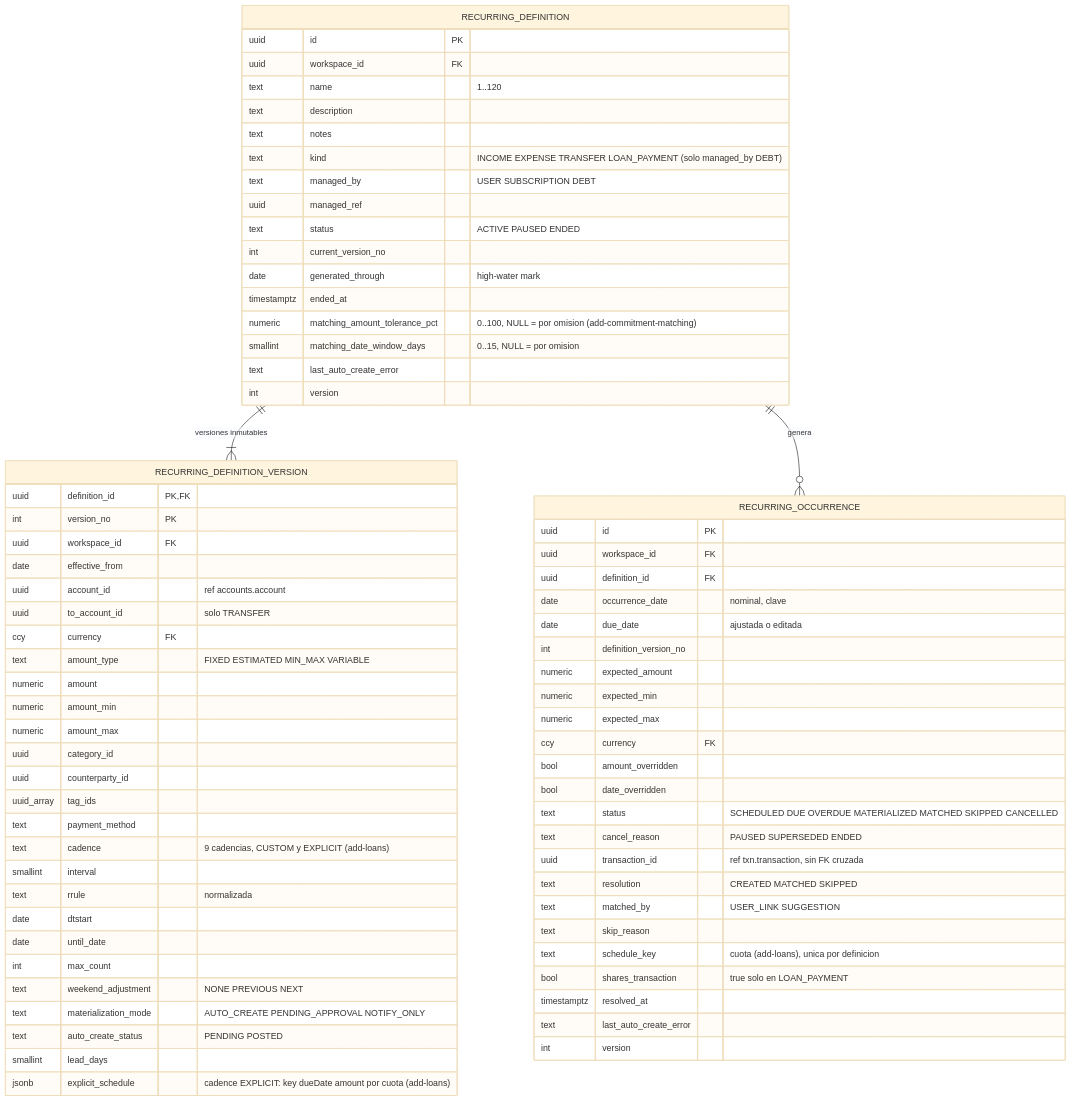
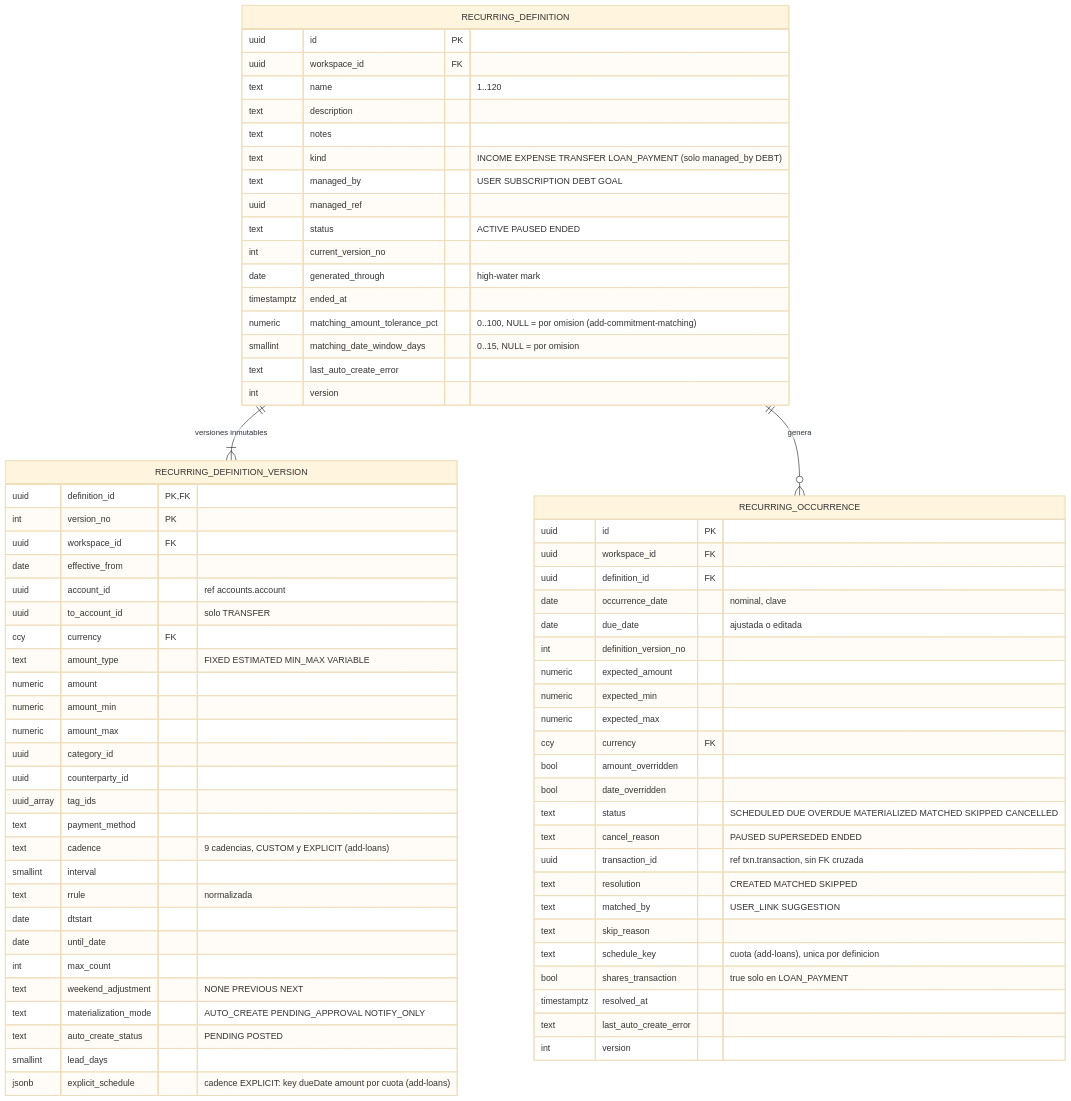
Before and after one commit to manuXD270516/personal-finances: the ninth of 22 diagrams in docs/08-data-model.md, drawn with Mermaid (base theme). The commit also changed other lines of this file and 254 other files, not shown here.

````diff
--- a/docs/08-data-model.md
+++ b/docs/08-data-model.md
@@ -873,76 +873,76 @@
 ```mermaid
 erDiagram
   RECURRING_DEFINITION ||--|{ RECURRING_DEFINITION_VERSION : "versiones inmutables"
   RECURRING_DEFINITION ||--o{ RECURRING_OCCURRENCE : "genera"
   RECURRING_DEFINITION {
     uuid id PK
     uuid workspace_id FK
     text name "1..120"
     text description
     text notes
     text kind "INCOME EXPENSE TRANSFER LOAN_PAYMENT (solo managed_by DEBT)"
-    text managed_by "USER SUBSCRIPTION DEBT"
+    text managed_by "USER SUBSCRIPTION DEBT GOAL"
     uuid managed_ref
     text status "ACTIVE PAUSED ENDED"
     int current_version_no
     date generated_through "high-water mark"
     timestamptz ended_at
     numeric matching_amount_tolerance_pct "0..100, NULL = por omision (add-commitment-matching)"
     smallint matching_date_window_days "0..15, NULL = por omision"
     text last_auto_create_error
     int version
   }
   RECURRING_DEFINITION_VERSION {
     uuid definition_id PK, FK
     int version_no PK
     uuid workspace_id FK
     date effective_from
     uuid account_id "ref accounts.account"
     uuid to_account_id "solo TRANSFER"
     ccy currency FK
     text amount_type "FIXED ESTIMATED MIN_MAX VARIABLE"
     numeric amount
     numeric amount_min
     numeric amount_max
     uuid category_id
     uuid counterparty_id
     uuid_array tag_ids
     text payment_method
     text cadence "9 cadencias, CUSTOM y EXPLICIT (add-loans)"
     smallint interval
     text rrule "normalizada"
     date dtstart
     date until_date
     int max_count
     text weekend_adjustment "NONE PREVIOUS NEXT"
     text materialization_mode "AUTO_CREATE PENDING_APPROVAL NOTIFY_ONLY"
     text auto_create_status "PENDING POSTED"
     smallint lead_days
     jsonb explicit_schedule "cadence EXPLICIT: key dueDate amount por cuota (add-loans)"
   }
   RECURRING_OCCURRENCE {
     uuid id PK
     uuid workspace_id FK
     uuid definition_id FK
     date occurrence_date "nominal, clave"
     date due_date "ajustada o editada"
     int definition_version_no
     numeric expected_amount
     numeric expected_min
     numeric expected_max
     ccy currency FK
     bool amount_overridden
     bool date_overridden
     text status "SCHEDULED DUE OVERDUE MATERIALIZED MATCHED SKIPPED CANCELLED"
     text cancel_reason "PAUSED SUPERSEDED ENDED"
     uuid transaction_id "ref txn.transaction, sin FK cruzada"
     text resolution "CREATED MATCHED SKIPPED"
     text matched_by "USER_LINK SUGGESTION"
     text skip_reason
     text schedule_key "cuota (add-loans), unica por definicion"
     bool shares_transaction "true solo en LOAN_PAYMENT"
     timestamptz resolved_at
     text last_auto_create_error
     int version
   }
 ```
````
